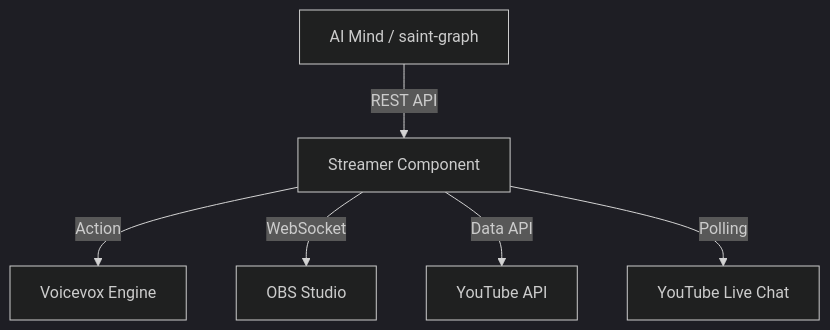
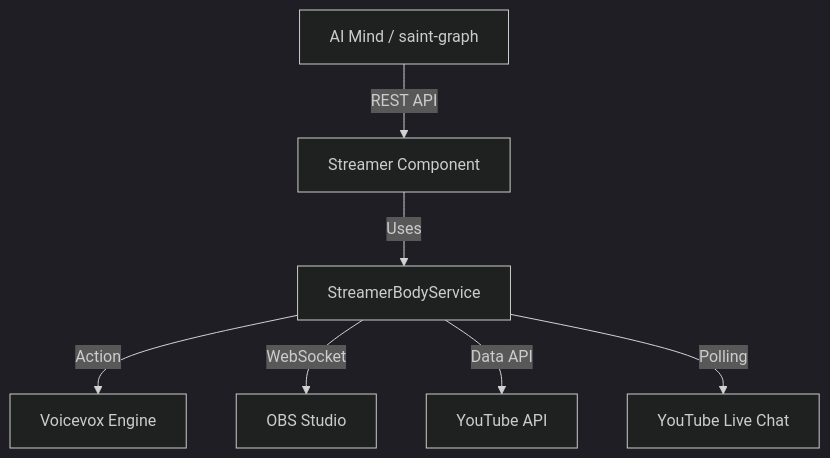
One commit to koduki/ai-tuber changed the diagram in docs/components/body/streamer/README.md. Above: the diagram before and after it, drawn with Mermaid (dark theme). The commit also changed other lines of this file and 20 other files, not shown here.

````diff
--- a/docs/components/body/streamer/README.md
+++ b/docs/components/body/streamer/README.md
@@ -15,8 +13,9 @@
 ```mermaid
 graph TD
     Mind[AI Mind / saint-graph] -->|REST API| Streamer[Streamer Component]
-    Streamer -->|Action| Voicevox[Voicevox Engine]
-    Streamer -->|WebSocket| OBS[OBS Studio]
-    Streamer -->|Data API| YouTube[YouTube API]
-    Streamer -->|Polling| YouTubeChat[YouTube Live Chat]
+    Streamer -->|Uses| Service[StreamerBodyService]
+    Service -->|Action| Voicevox[Voicevox Engine]
+    Service -->|WebSocket| OBS[OBS Studio]
+    Service -->|Data API| YouTube[YouTube API]
+    Service -->|Polling| YouTubeChat[YouTube Live Chat]
 ```
````
